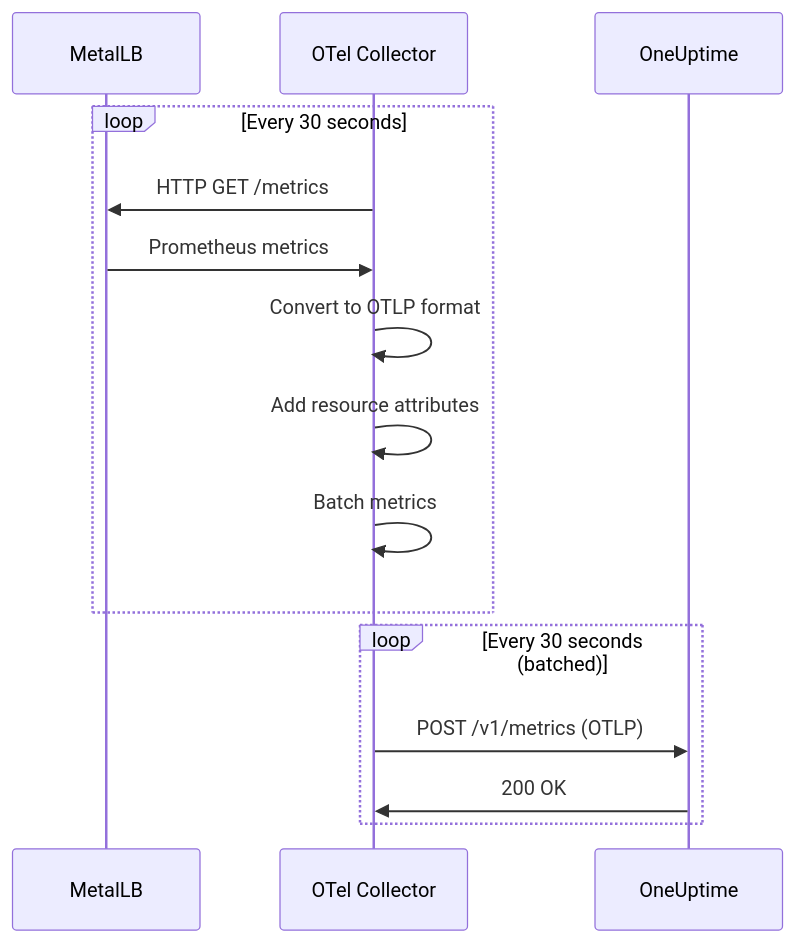
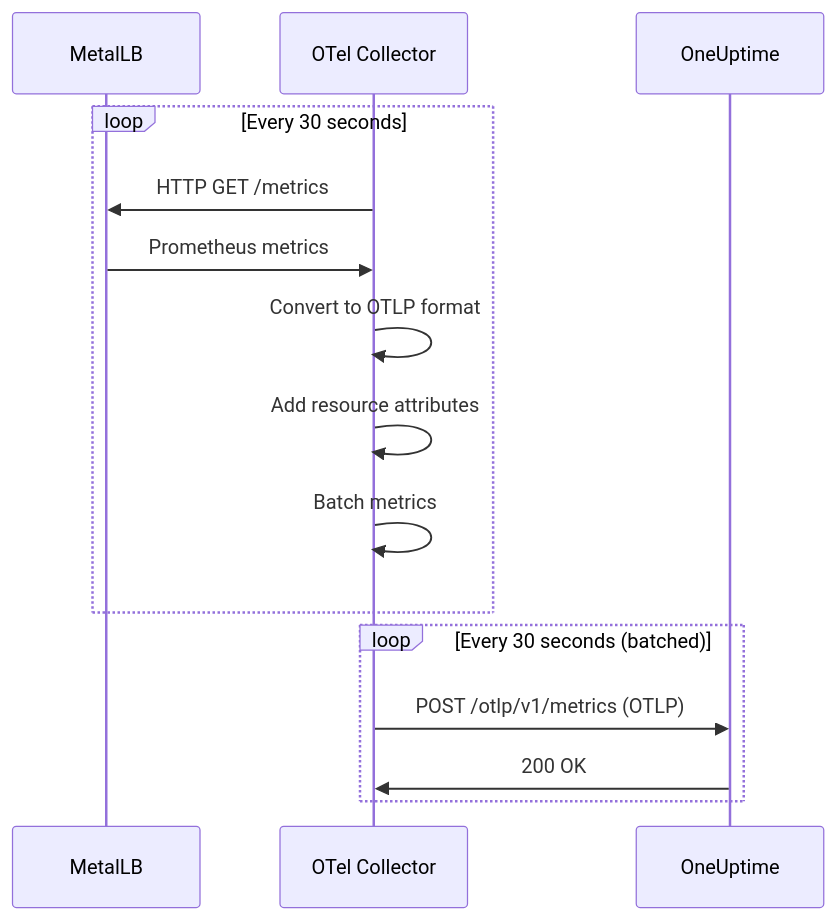
The second of 3 diagrams in posts/2026-01-07-metallb-oneuptime-integration/README.md (OneUptime/blog), drawn with Mermaid before and after one commit. The commit also changed other lines of this file and 2 other files, not shown here.

````diff
--- a/posts/2026-01-07-metallb-oneuptime-integration/README.md
+++ b/posts/2026-01-07-metallb-oneuptime-integration/README.md
@@ -556,19 +586,19 @@
 ```mermaid
 sequenceDiagram
     participant MetalLB
     participant OTel as OTel Collector
     participant OneUptime
 
     loop Every 30 seconds
         OTel->>MetalLB: HTTP GET /metrics
         MetalLB->>OTel: Prometheus metrics
         OTel->>OTel: Convert to OTLP format
         OTel->>OTel: Add resource attributes
         OTel->>OTel: Batch metrics
     end
 
     loop Every 30 seconds (batched)
-        OTel->>OneUptime: POST /v1/metrics (OTLP)
+        OTel->>OneUptime: POST /otlp/v1/metrics (OTLP)
         OneUptime->>OTel: 200 OK
     end
 ```
````
